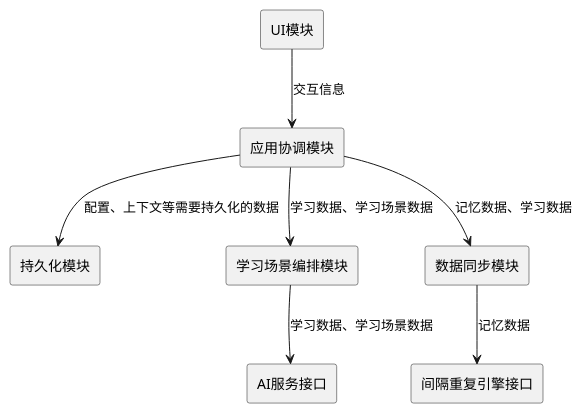
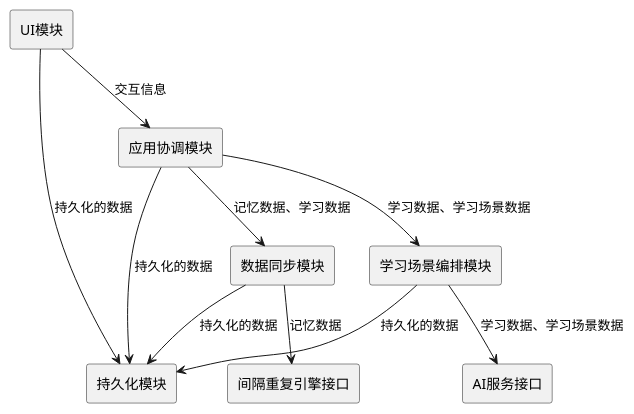
The diagram in 02-系统设计/2.1-架构设计/架构设计.pu (weiiiyan/MaiMemoAiChatDoc), drawn with PlantUML before and after one commit. The commit also changed 10 other files, not shown here.

```diff
--- a/02-系统设计/2.1-架构设计/架构设计.pu
+++ b/02-系统设计/2.1-架构设计/架构设计.pu
@@ -1,20 +1,23 @@
 @startuml 架构设计
 
 top to bottom direction
 
 rectangle "UI模块" as UI
 rectangle "应用协调模块" as App
 rectangle "持久化模块" as Hold
 rectangle "学习场景编排模块" as Scene
 rectangle "数据同步模块" as Sync
 rectangle "间隔重复引擎接口" as SRS
 rectangle "AI服务接口" as AI
 
 UI --> App : 交互信息
 App --> Scene : 学习数据、学习场景数据
 App --> Sync : 记忆数据、学习数据
-App --> Hold : 配置、上下文等需要持久化的数据
+App --> Hold : 持久化的数据
+UI --> Hold : 持久化的数据
+Scene --> Hold : 持久化的数据
+Sync --> Hold : 持久化的数据
 Scene --> AI : 学习数据、学习场景数据
 Sync --> SRS : 记忆数据
 
 @enduml
```
